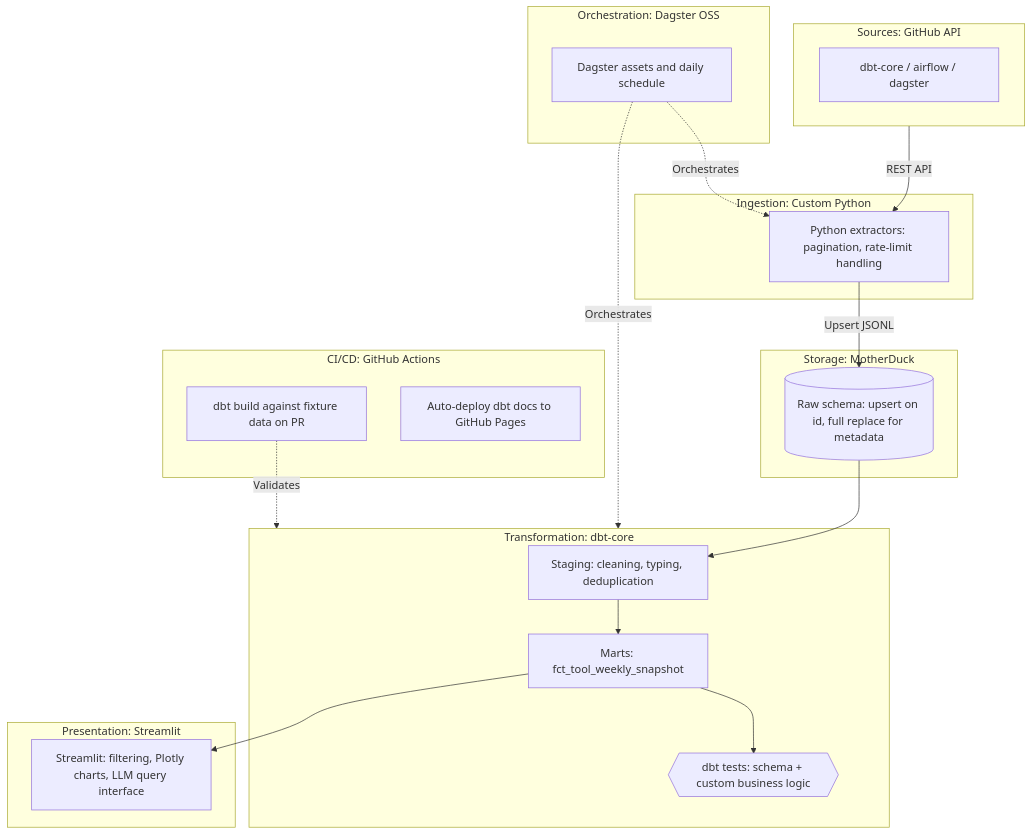
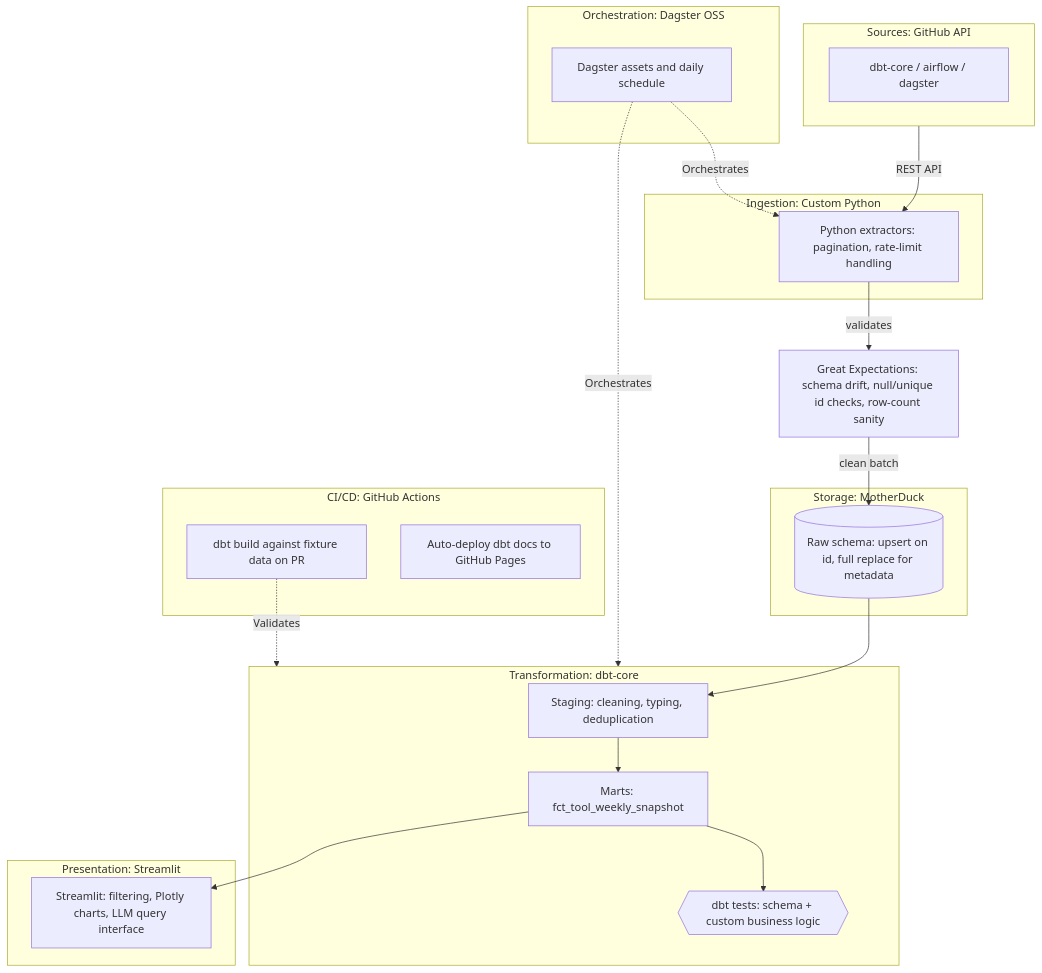
One commit to ricard-alcaraz/modern-data-stack-health changed the diagram in README.md. Above: the diagram before and after it, drawn with Mermaid. The commit also changed other lines of this file, not shown here.

````diff
--- a/README.md
+++ b/README.md
@@ -18,43 +18,44 @@
 ```mermaid
 graph TD
     subgraph Sources ["Sources: GitHub API"]
         G1[dbt-core / airflow / dagster]
     end
 
     subgraph Ingestion ["Ingestion: Custom Python"]
         PY["Python extractors: pagination, rate-limit handling"]
     end
 
     subgraph Storage ["Storage: MotherDuck"]
         RAW[(Raw schema: upsert on id, full replace for metadata)]
     end
 
     subgraph Transformation ["Transformation: dbt-core"]
         STG[Staging: cleaning, typing, deduplication]
         MRT[Marts: fct_tool_weekly_snapshot]
         TESTS{{dbt tests: schema + custom business logic}}
     end
 
     subgraph Orchestration ["Orchestration: Dagster OSS"]
         DAG[Dagster assets and daily schedule]
     end
 
     subgraph Presentation ["Presentation: Streamlit"]
         EVI[Streamlit: filtering, Plotly charts, LLM query interface]
     end
 
     subgraph Guardrails ["CI/CD: GitHub Actions"]
         CI[dbt build against fixture data on PR]
         CD[Auto-deploy dbt docs to GitHub Pages]
     end
 
     Sources -->|REST API| PY
-    PY -->|Upsert JSONL| RAW
+    PY -->|validates| GX[Great Expectations: schema drift, null/unique id checks, row-count sanity]
+    GX -->|clean batch| RAW
     RAW --> STG
     STG --> MRT
     MRT --> TESTS
     DAG -.->|Orchestrates| PY
     DAG -.->|Orchestrates| Transformation
     MRT --> EVI
     CI -.->|Validates| Transformation
 ```
````
